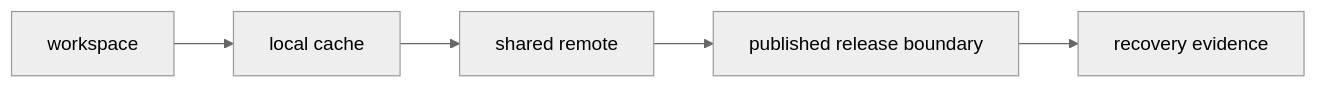
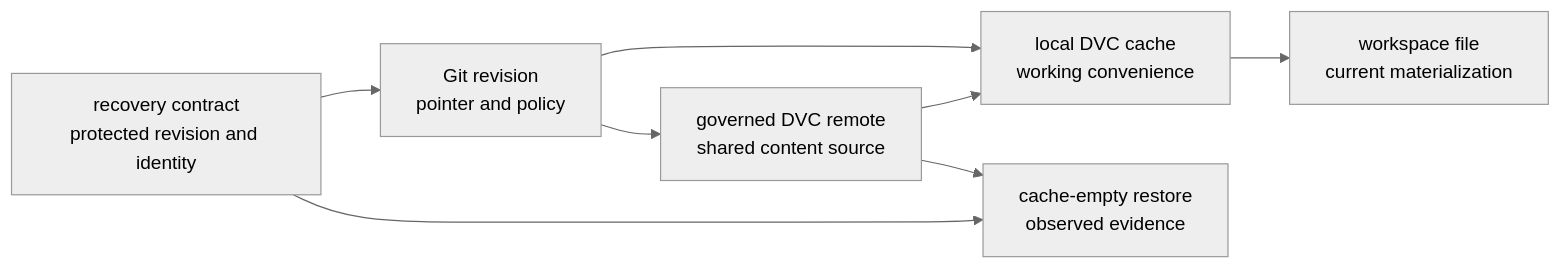
Before and after one commit to bijux/bijux-masterclass: the third of 4 diagrams in programs/reproducible-research/deep-dive-dvc/course-book/module-08-recovery-scale-incident-survival/durability-boundaries-and-recovery-goals.md, drawn with Mermaid (neutral theme). The commit also changed other lines of this file, not shown here.

Commit message:
docs(dvc): make durability promises testable

````diff
--- a/programs/reproducible-research/deep-dive-dvc/course-book/module-08-recovery-scale-incident-survival/durability-boundaries-and-recovery-goals.md
+++ b/programs/reproducible-research/deep-dive-dvc/course-book/module-08-recovery-scale-incident-survival/durability-boundaries-and-recovery-goals.md
@@ -67,7 +66,17 @@
 ```mermaid
 flowchart LR
-  workspace["workspace"] --> cache["local cache"]
-  cache --> remote["shared remote"]
-  remote --> release["published release boundary"]
-  release --> recovery["recovery evidence"]
+  git["Git revision<br/>pointer and policy"]
+  cache["local DVC cache<br/>working convenience"]
+  workspace["workspace file<br/>current materialization"]
+  remote["governed DVC remote<br/>shared content source"]
+  contract["recovery contract<br/>protected revision and identity"]
+  proof["cache-empty restore<br/>observed evidence"]
+
+  git --> cache
+  cache --> workspace
+  git --> remote
+  remote --> cache
+  contract --> git
+  contract --> proof
+  remote --> proof
 ```
````
